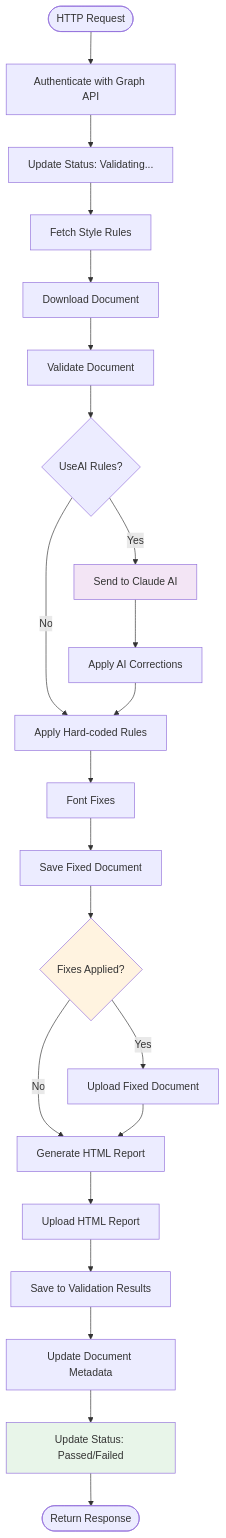
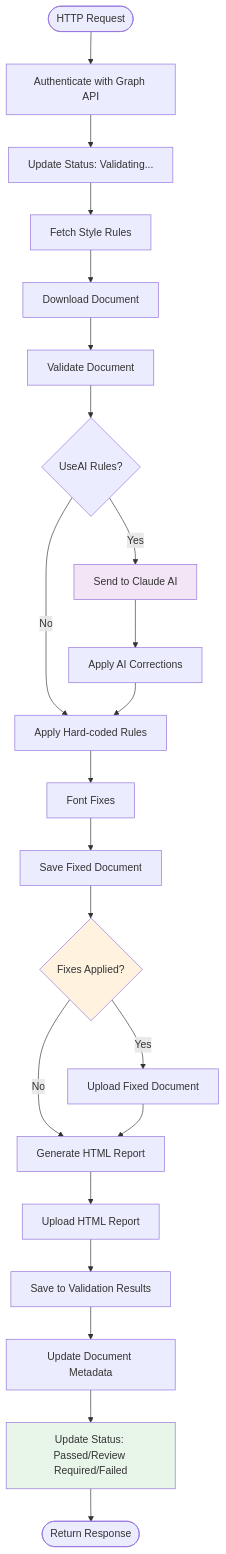
One commit to stephencummins/MaceStyle changed the second of 4 diagrams in docs/1-technical-architecture.md. Above: the diagram before and after it, drawn with Mermaid. The commit also changed other lines of this file and 4 other files, not shown here.

````diff
--- a/docs/1-technical-architecture.md
+++ b/docs/1-technical-architecture.md
@@ -181,33 +188,33 @@
 ```mermaid
 flowchart TD
     START([HTTP Request]) --> AUTH[Authenticate with Graph API]
     AUTH --> STATUS1[Update Status: Validating...]
     STATUS1 --> RULES[Fetch Style Rules]
     RULES --> DOWNLOAD[Download Document]
     DOWNLOAD --> VALIDATE[Validate Document]
 
     VALIDATE --> AI{UseAI Rules?}
     AI -->|Yes| CLAUDE[Send to Claude AI]
     CLAUDE --> APPLY_AI[Apply AI Corrections]
 
     AI -->|No| HARD[Apply Hard-coded Rules]
     APPLY_AI --> HARD
 
     HARD --> FONT[Font Fixes]
     FONT --> SAVE[Save Fixed Document]
 
     SAVE --> UPLOAD{Fixes Applied?}
     UPLOAD -->|Yes| UP_DOC[Upload Fixed Document]
     UPLOAD -->|No| REPORT
     UP_DOC --> REPORT[Generate HTML Report]
 
     REPORT --> UP_REPORT[Upload HTML Report]
     UP_REPORT --> RES[Save to Validation Results]
     RES --> META[Update Document Metadata]
-    META --> STATUS2[Update Status: Passed/Failed]
+    META --> STATUS2[Update Status: Passed/Review Required/Failed]
     STATUS2 --> END([Return Response])
 
     style CLAUDE fill:#f3e5f5
     style UPLOAD fill:#fff3e0
     style STATUS2 fill:#e8f5e9
 ```
````
